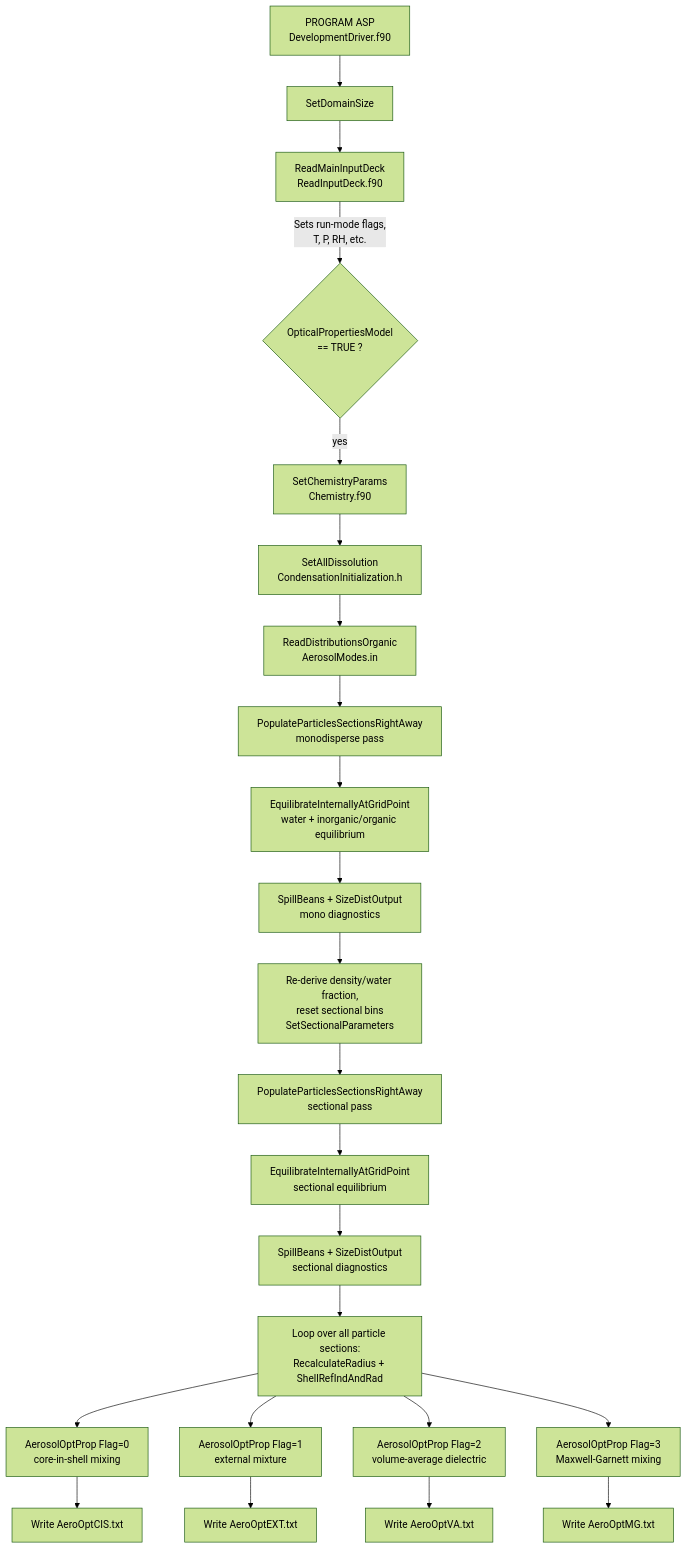
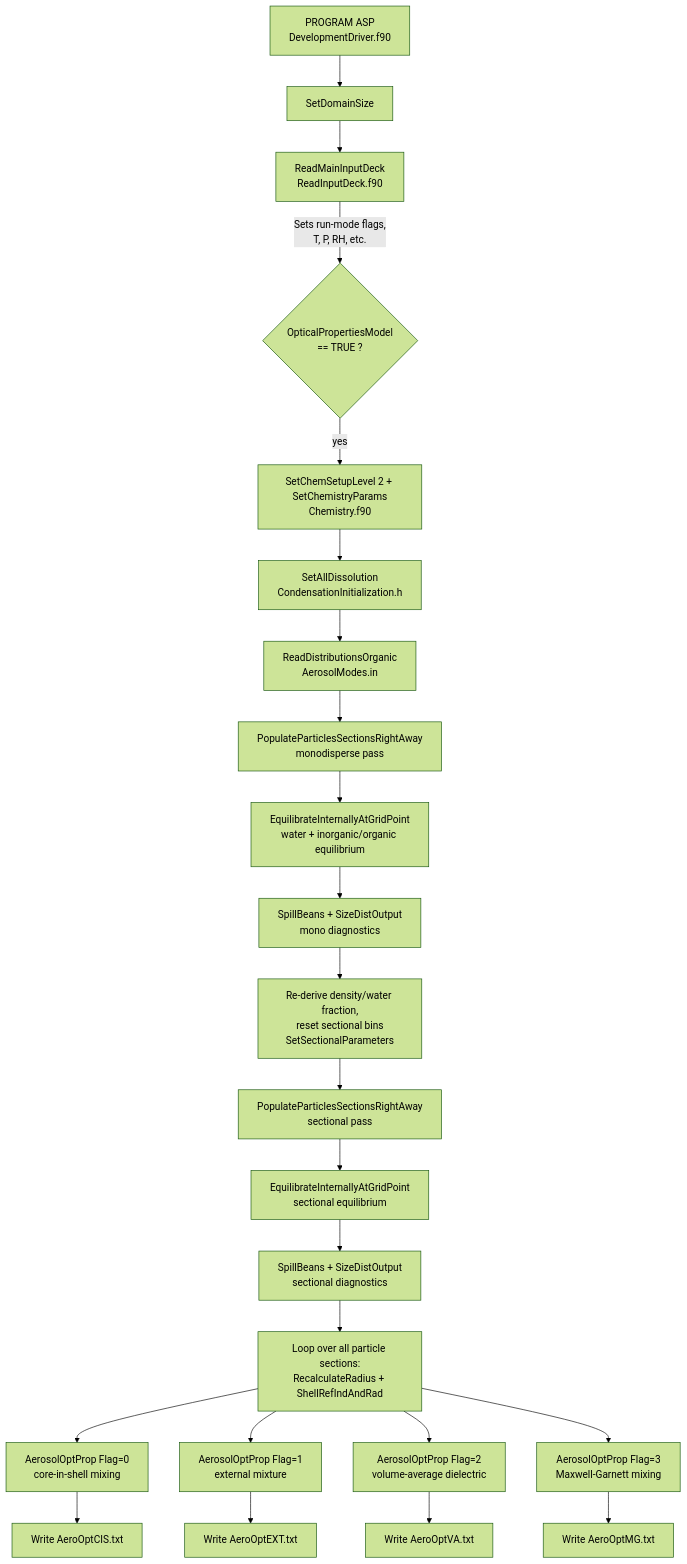
Before and after one commit to matt-alvarado/common_ASP: the diagram in ASP_OpticalPropertiesModel_InformationFlow.md, drawn with Mermaid (forest theme). The commit also changed other lines of this file and 7 other files, not shown here.

````diff
--- a/ASP_OpticalPropertiesModel_InformationFlow.md
+++ b/ASP_OpticalPropertiesModel_InformationFlow.md
@@ -14,25 +17,25 @@
 ```mermaid
 flowchart TD
     A[PROGRAM ASP\nDevelopmentDriver.f90] --> B[SetDomainSize]
     B --> C[ReadMainInputDeck\nReadInputDeck.f90]
     C -->|Sets run-mode flags,\nT, P, RH, etc.| D{OpticalPropertiesModel\n== TRUE ?}
-    D -- yes --> E[SetChemistryParams\nChemistry.f90]
+    D -- yes --> E[SetChemSetupLevel 2 + SetChemistryParams\nChemistry.f90]
     E --> F[SetAllDissolution\nCondensationInitialization.h]
     F --> G[ReadDistributionsOrganic\nAerosolModes.in]
     G --> H[PopulateParticlesSectionsRightAway\nmonodisperse pass]
     H --> I[EquilibrateInternallyAtGridPoint\nwater + inorganic/organic equilibrium]
     I --> J[SpillBeans + SizeDistOutput\nmono diagnostics]
     J --> K[Re-derive density/water fraction,\nreset sectional bins\nSetSectionalParameters]
     K --> L[PopulateParticlesSectionsRightAway\nsectional pass]
     L --> M[EquilibrateInternallyAtGridPoint\nsectional equilibrium]
     M --> N[SpillBeans + SizeDistOutput\nsectional diagnostics]
     N --> O[Loop over all particle sections:\nRecalculateRadius + ShellRefIndAndRad]
     O --> P[AerosolOptProp Flag=0\ncore-in-shell mixing]
     O --> Q[AerosolOptProp Flag=1\nexternal mixture]
     O --> R[AerosolOptProp Flag=2\nvolume-average dielectric]
     O --> S[AerosolOptProp Flag=3\nMaxwell-Garnett mixing]
     P --> T[Write AeroOptCIS.txt]
     Q --> U[Write AeroOptEXT.txt]
     R --> V[Write AeroOptVA.txt]
     S --> W[Write AeroOptMG.txt]
 ```
````
